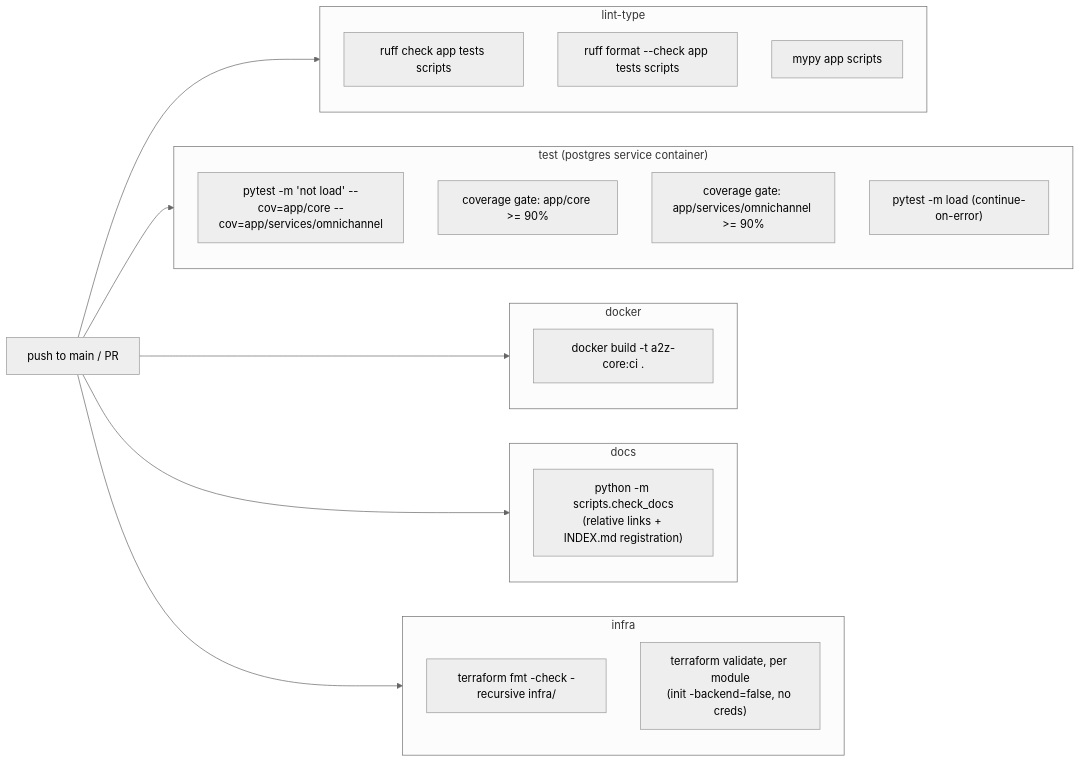
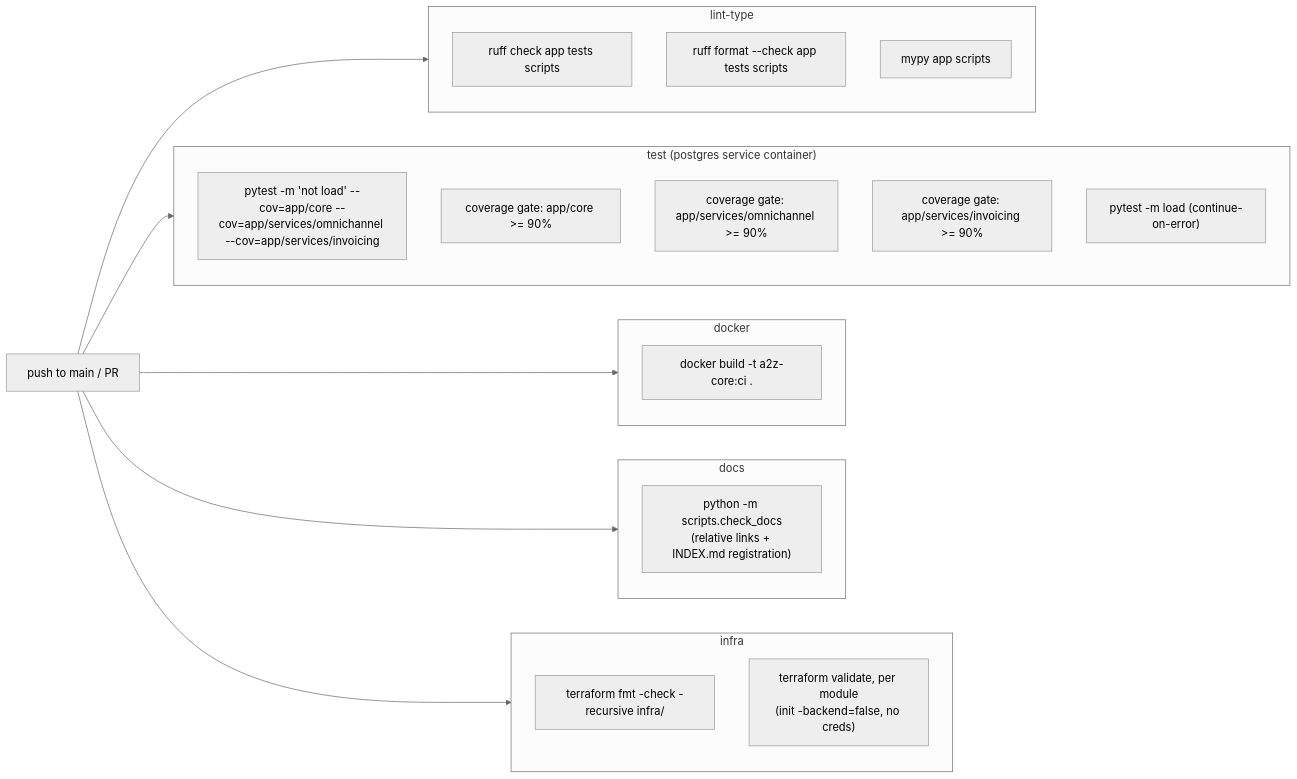
Before and after one commit to RafaelOjeda/A2Z-Core: the diagram in docs/ci-cd.md, drawn with Mermaid (neutral theme). The commit also changed other lines of this file and 32 other files, not shown here.

````diff
--- a/docs/ci-cd.md
+++ b/docs/ci-cd.md
@@ -8,30 +8,31 @@
 ```mermaid
 flowchart LR
     Push["push to main / PR"] --> Lint["lint-type"]
     Push --> Test["test"]
     Push --> Docker["docker (needs: lint-type)"]
     Push --> Docs["docs"]
     Push --> Infra["infra"]
 
     subgraph Lint["lint-type"]
         L1["ruff check app tests scripts"]
         L2["ruff format --check app tests scripts"]
         L3["mypy app scripts"]
     end
     subgraph Test["test (postgres service container)"]
-        T1["pytest -m 'not load' --cov=app/core --cov=app/services/omnichannel"]
+        T1["pytest -m 'not load' --cov=app/core --cov=app/services/omnichannel --cov=app/services/invoicing"]
         T2["coverage gate: app/core >= 90%"]
         T3["coverage gate: app/services/omnichannel >= 90%"]
+        T3b["coverage gate: app/services/invoicing >= 90%"]
         T4["pytest -m load (continue-on-error)"]
     end
     subgraph Docker["docker"]
         D1["docker build -t a2z-core:ci ."]
     end
     subgraph Docs["docs"]
         DC1["python -m scripts.check_docs\n(relative links + INDEX.md registration)"]
     end
     subgraph Infra["infra"]
         I1["terraform fmt -check -recursive infra/"]
         I2["terraform validate, per module\n(init -backend=false, no creds)"]
     end
 ```
````
